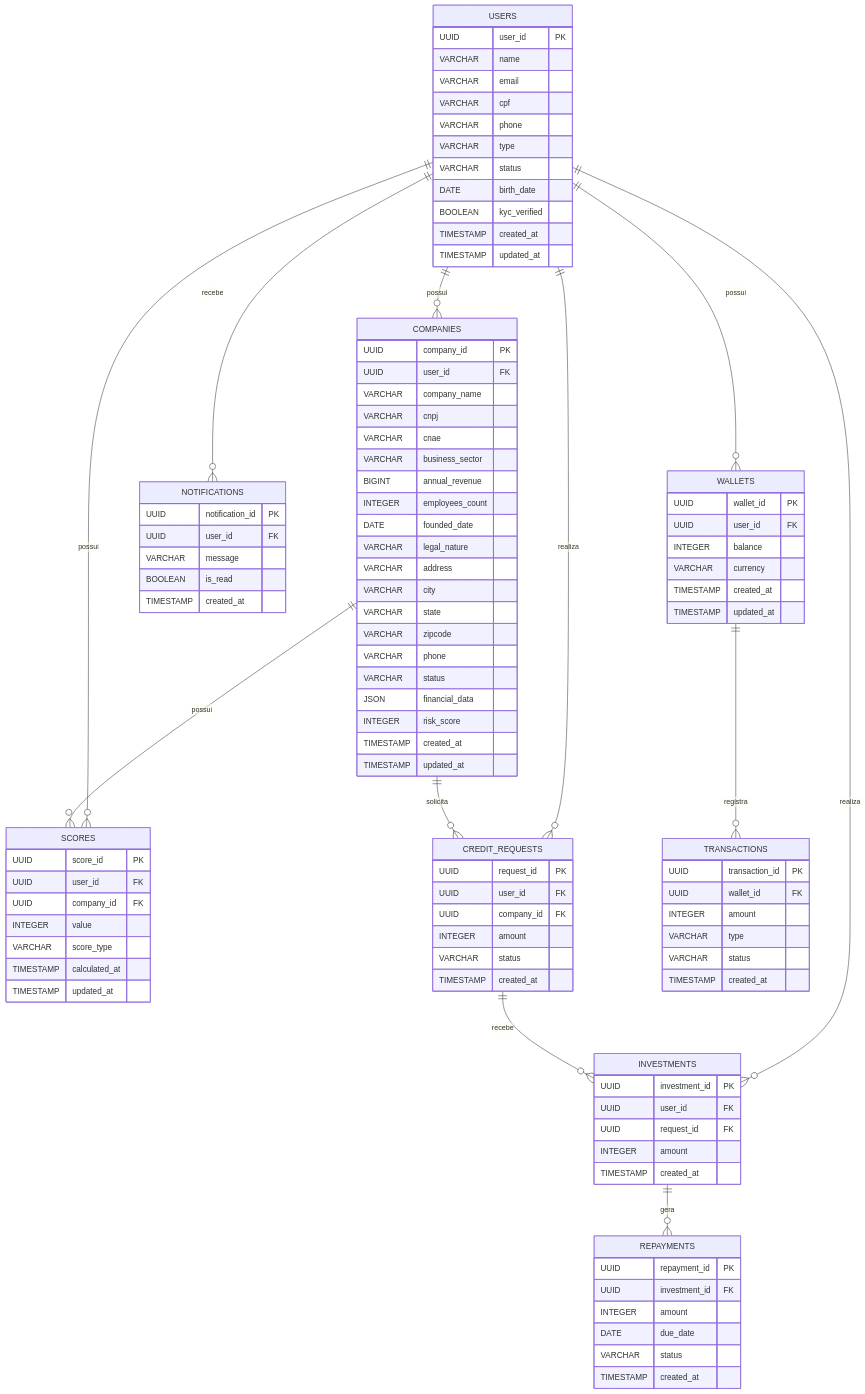
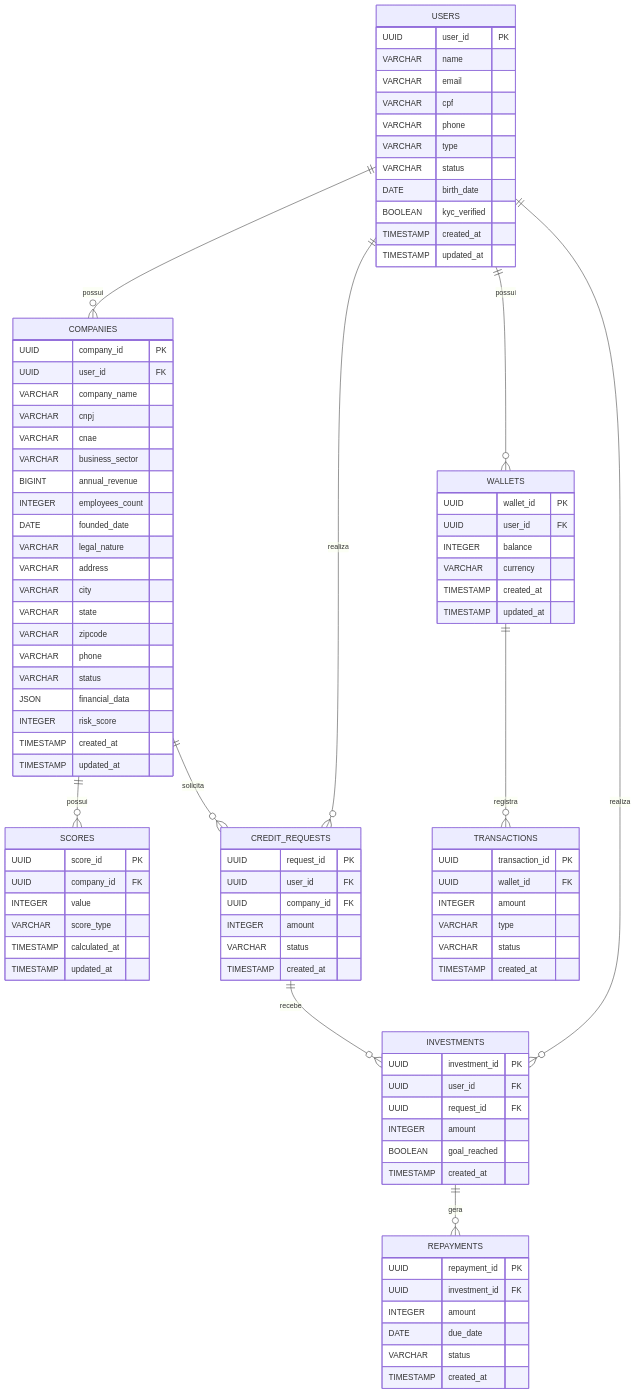
Before and after one commit to QInvest/qinvest: the diagram in README.md, drawn with Mermaid.

Commit message:
docs: Update database schema in README.md to remove user_id from SCORES and NOTIFICATIONS tables

```diff
--- a/README.md
+++ b/README.md
@@ -48,7 +48,6 @@
 
 	SCORES {
 		UUID score_id PK ""  
-		UUID user_id FK ""  
 		UUID company_id FK ""  
 		INTEGER value  ""  
 		VARCHAR score_type  ""  
@@ -70,14 +69,7 @@
 		UUID user_id FK ""  
 		UUID request_id FK ""  
 		INTEGER amount  ""  
-		TIMESTAMP created_at  ""  
-	}
-
-	NOTIFICATIONS {
-		UUID notification_id PK ""  
-		UUID user_id FK ""  
-		VARCHAR message  ""  
-		BOOLEAN is_read  ""  
+		BOOLEAN goal_reached  ""  
 		TIMESTAMP created_at  ""  
 	}
 
@@ -123,10 +115,8 @@
 	}
 
 	USERS||--o{WALLETS:"possui"
-	USERS||--o{SCORES:"possui"
 	USERS||--o{CREDIT_REQUESTS:"realiza"
 	USERS||--o{INVESTMENTS:"realiza"
-	USERS||--o{NOTIFICATIONS:"recebe"
 	USERS||--o{COMPANIES:"possui"
 	COMPANIES||--o{CREDIT_REQUESTS:"solicita"
 	COMPANIES||--o{SCORES:"possui"
```
